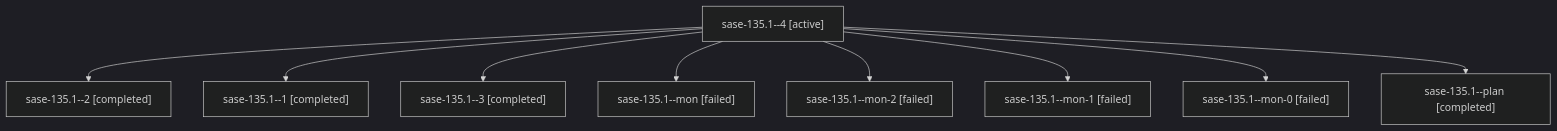
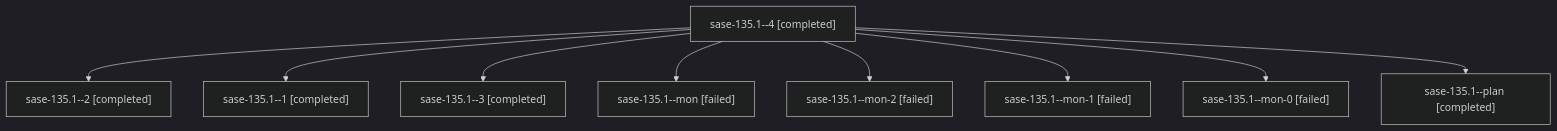
The diagram in families/bbugyi200.athena.sase-135.1.md (sase-org/sase--agents), drawn with Mermaid (dark theme) before and after one commit. The commit also changed other lines of this file and 39 other files, not shown here.

````diff
--- a/families/bbugyi200.athena.sase-135.1.md
+++ b/families/bbugyi200.athena.sase-135.1.md
@@ -9,20 +9,20 @@
 ```mermaid
 flowchart TD
-  n0["sase-135.1--4 [active]"]
+  n0["sase-135.1--4 [completed]"]
   n1["sase-135.1--2 [completed]"]
   n0 --> n1
   n2["sase-135.1--1 [completed]"]
   n0 --> n2
   n3["sase-135.1--3 [completed]"]
   n0 --> n3
   n4["sase-135.1--mon [failed]"]
   n0 --> n4
   n5["sase-135.1--mon-2 [failed]"]
   n0 --> n5
   n6["sase-135.1--mon-1 [failed]"]
   n0 --> n6
   n7["sase-135.1--mon-0 [failed]"]
   n0 --> n7
   n8["sase-135.1--plan [completed]"]
   n0 --> n8
 ```
````
